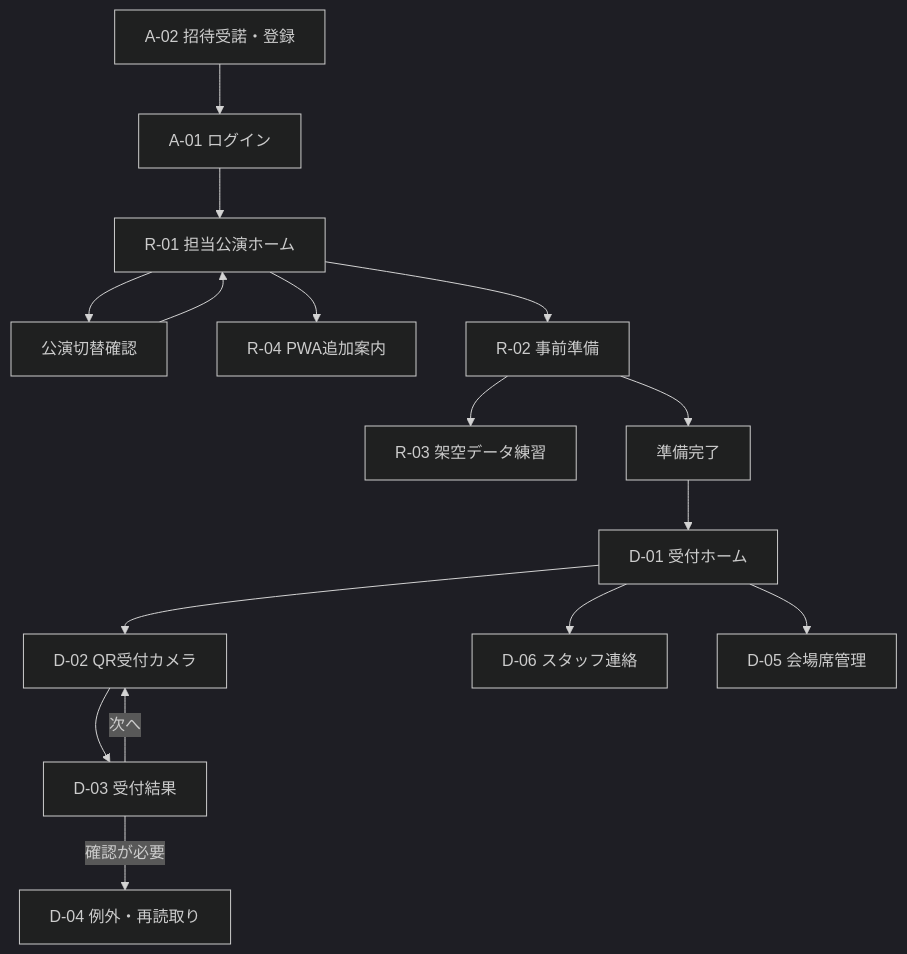
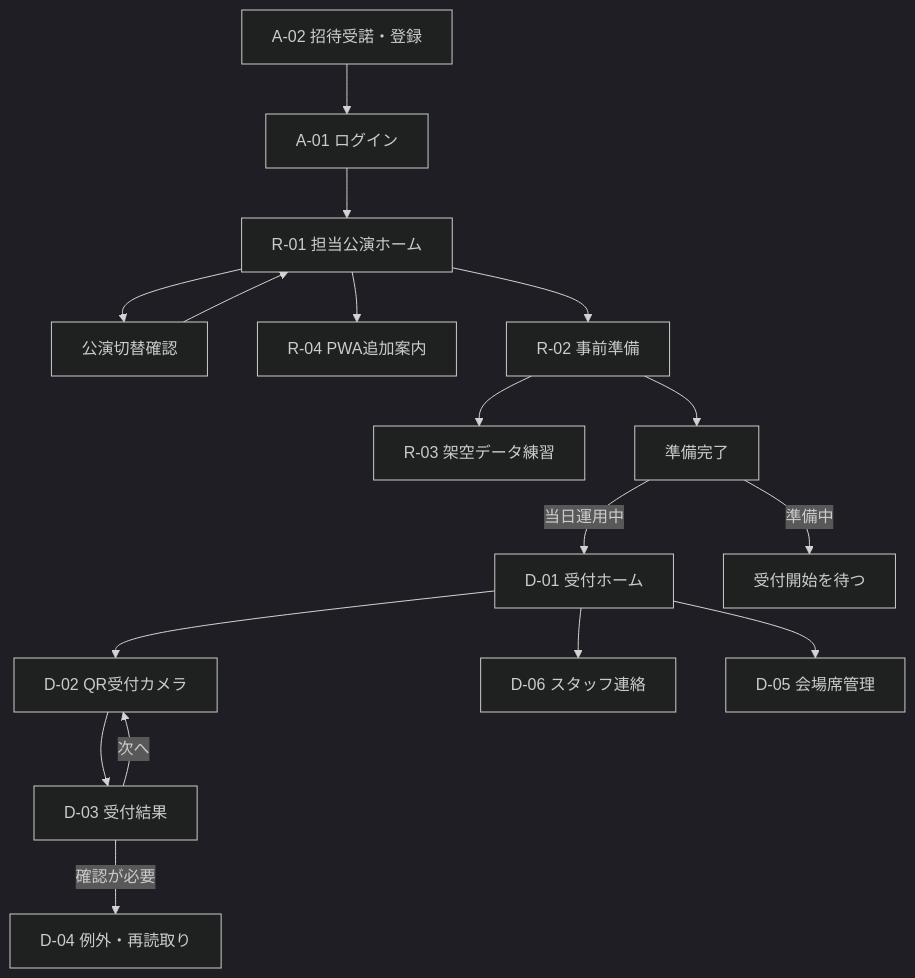
Before and after one commit to EU0207/concert-reception-system: the second of 2 diagrams in docs/development/screen-flow-wireframe-design.md, drawn with Mermaid (dark theme). The commit also changed other lines of this file and 9 other files, not shown here.

````diff
--- a/docs/development/screen-flow-wireframe-design.md
+++ b/docs/development/screen-flow-wireframe-design.md
@@ -162,18 +166,19 @@
 ```mermaid
 flowchart TD
     Invite[A-02 招待受諾・登録] --> Login[A-01 ログイン]
     Login --> Home[R-01 担当公演ホーム]
     Home --> Switch[公演切替確認]
     Switch --> Home
     Home --> Install[R-04 PWA追加案内]
     Home --> Prepare[R-02 事前準備]
     Prepare --> Practice[R-03 架空データ練習]
     Prepare --> Ready[準備完了]
-    Ready --> Reception[D-01 受付ホーム]
+    Ready -->|当日運用中| Reception[D-01 受付ホーム]
+    Ready -->|準備中| Wait[受付開始を待つ]
     Reception --> Camera[D-02 QR受付カメラ]
     Camera --> Result[D-03 受付結果]
     Result -->|次へ| Camera
     Result -->|確認が必要| Exception[D-04 例外・再読取り]
     Reception --> Notice[D-06 スタッフ連絡]
     Reception --> Seat[D-05 会場席管理]
 ```
````
